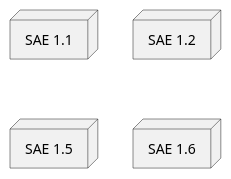
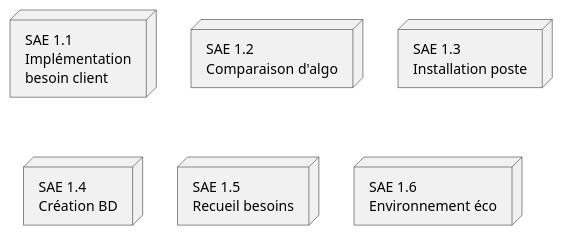
The diagram in sae.plantuml (IUT-Blagnac/BUT-PN2021), drawn with PlantUML before and after one commit. The commit also changed 6 other files, not shown here.

```diff
--- a/sae.plantuml
+++ b/sae.plantuml
@@ -1,6 +1,7 @@
 '----------- SAÉs
-
-node "SAE 1.1" as sae11 
-node "SAE 1.2" as sae12 
-node "SAE 1.5" as sae15 
-node "SAE 1.6" as sae16 
+node "SAE 1.1\nImplémentation\nbesoin client" as sae11 
+node "SAE 1.2\nComparaison d'algo" as sae12 
+node "SAE 1.3\nInstallation poste" as sae13
+node "SAE 1.4\nCréation BD" as sae14 
+node "SAE 1.5\nRecueil besoins" as sae15 
+node "SAE 1.6\nEnvironnement éco" as sae16 
```
